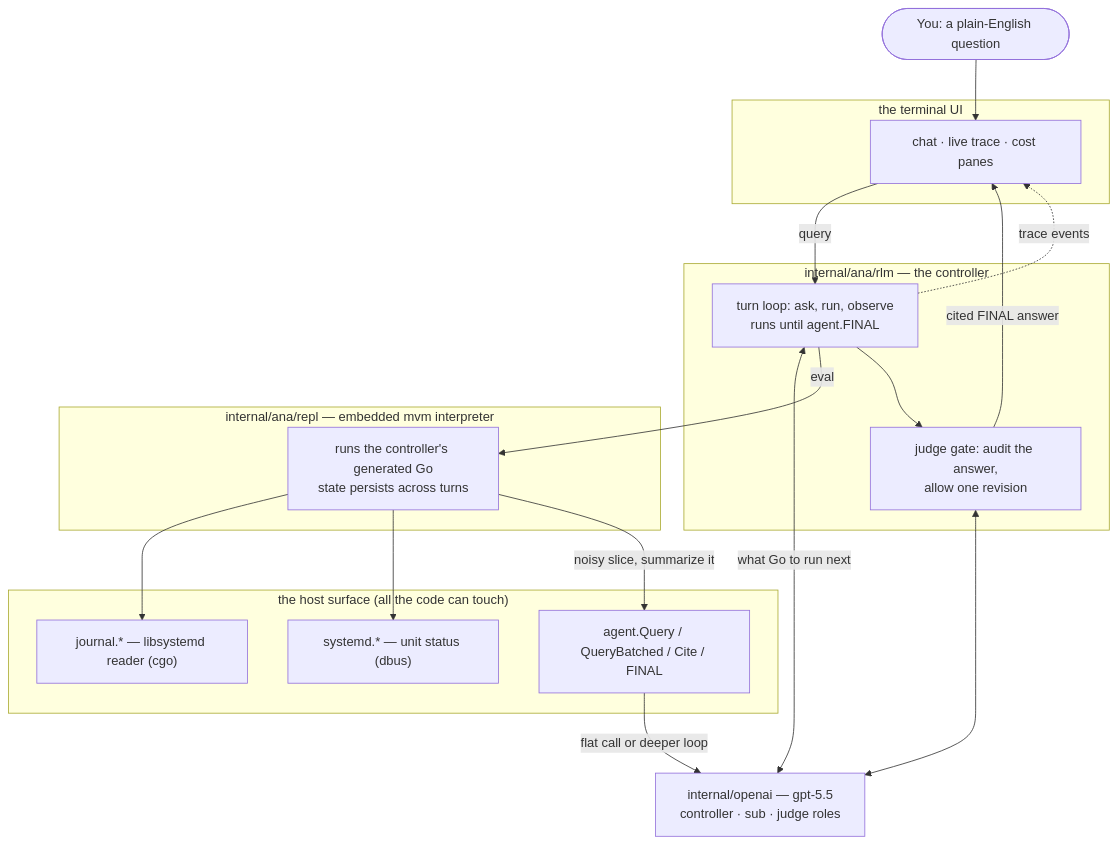
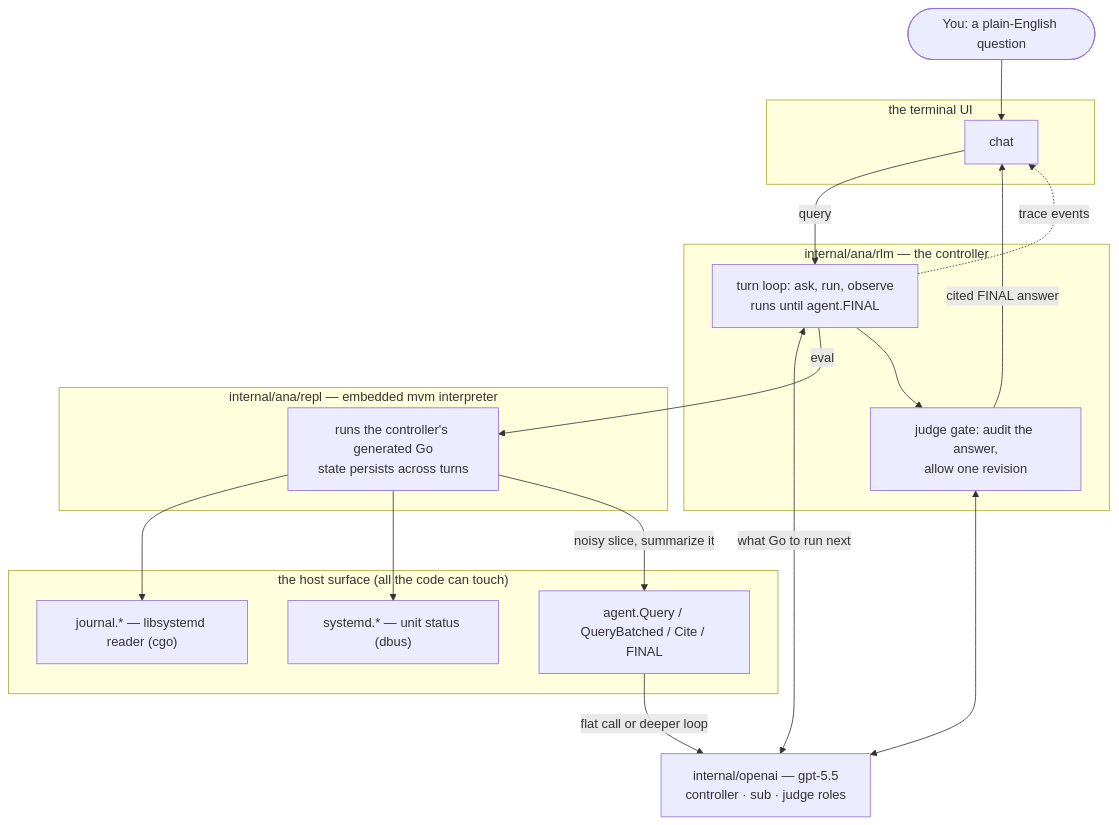
One commit to omarluq/anamnesis changed the first of 3 diagrams in README.md. Above: the diagram before and after it, drawn with Mermaid. The commit also changed other lines of this file and 74 other files, not shown here.

````diff
--- a/README.md
+++ b/README.md
@@ -76,37 +71,37 @@
 ```mermaid
 flowchart TB
     user([You: a plain-English question])
 
     subgraph tui["the terminal UI"]
-        shell["chat · live trace · cost panes"]
+        shell["chat"]
     end
 
     subgraph ctl["internal/ana/rlm — the controller"]
         loop["turn loop: ask, run, observe<br/>runs until agent.FINAL"]
         judge["judge gate: audit the answer,<br/>allow one revision"]
     end
 
     subgraph repl["internal/ana/repl — embedded mvm interpreter"]
         interp["runs the controller's generated Go<br/>state persists across turns"]
     end
 
     subgraph host["the host surface (all the code can touch)"]
         journal["journal.* — libsystemd reader (cgo)"]
         systemd["systemd.* — unit status (dbus)"]
         agent["agent.Query / QueryBatched / Cite / FINAL"]
     end
 
     model["internal/openai — gpt-5.5<br/>controller · sub · judge roles"]
 
     user --> shell
     shell -->|query| loop
     loop <-->|"what Go to run next"| model
     loop -->|eval| interp
     interp --> journal & systemd
     interp -->|"noisy slice, summarize it"| agent
     agent -->|"flat call or deeper loop"| model
     loop --> judge
     judge <--> model
     judge -->|cited FINAL answer| shell
     loop -.->|trace events| shell
 ```
````
